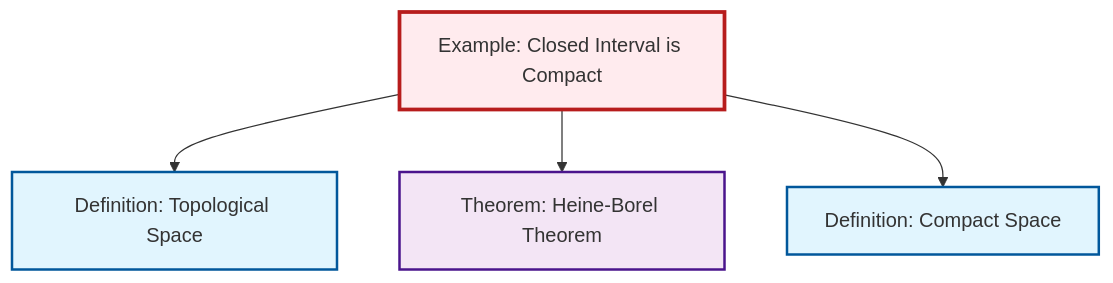
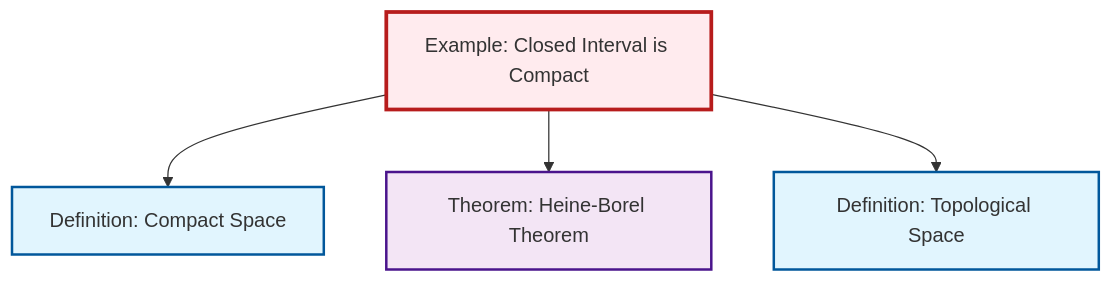
Before and after one commit to RK0429/ModernMath: the diagram in content/en/topology/ex-closed-interval-compact.qmd, drawn with Mermaid. The commit also changed other lines of this file and 581 other files, not shown here.

````diff
--- a/content/en/topology/ex-closed-interval-compact.qmd
+++ b/content/en/topology/ex-closed-interval-compact.qmd
@@ -54,20 +54,20 @@
 ```{mermaid}
 %%| fig-cap: "Local dependency graph"
 graph TD
     classDef definition fill:#e1f5fe,stroke:#01579b,stroke-width:2px
     classDef theorem fill:#f3e5f5,stroke:#4a148c,stroke-width:2px
     classDef axiom fill:#fff3e0,stroke:#e65100,stroke-width:2px
     classDef example fill:#e8f5e9,stroke:#1b5e20,stroke-width:2px
     classDef current fill:#ffebee,stroke:#b71c1c,stroke-width:3px
-    def-compact["Definition: Compact Space"]:::definition
     ex-closed-interval-compact["Example: Closed Interval is Compact"]:::example
     def-topological-space["Definition: Topological Space"]:::definition
+    def-compact["Definition: Compact Space"]:::definition
     thm-heine-borel["Theorem: Heine-Borel Theorem"]:::theorem
+    ex-closed-interval-compact --> def-compact
+    ex-closed-interval-compact --> thm-heine-borel
     ex-closed-interval-compact --> def-topological-space
-    ex-closed-interval-compact --> thm-heine-borel
-    ex-closed-interval-compact --> def-compact
     class ex-closed-interval-compact current
+    click def-topological-space "def-topological-space.html" "Go to Topological Space definition"
     click def-compact "def-compact.html" "Go to Compact Space definition"
-    click def-topological-space "def-topological-space.html" "Go to Topological Space definition"
     click thm-heine-borel "thm-heine-borel.html" "Go to Heine-Borel Theorem theorem"
 ```
````
